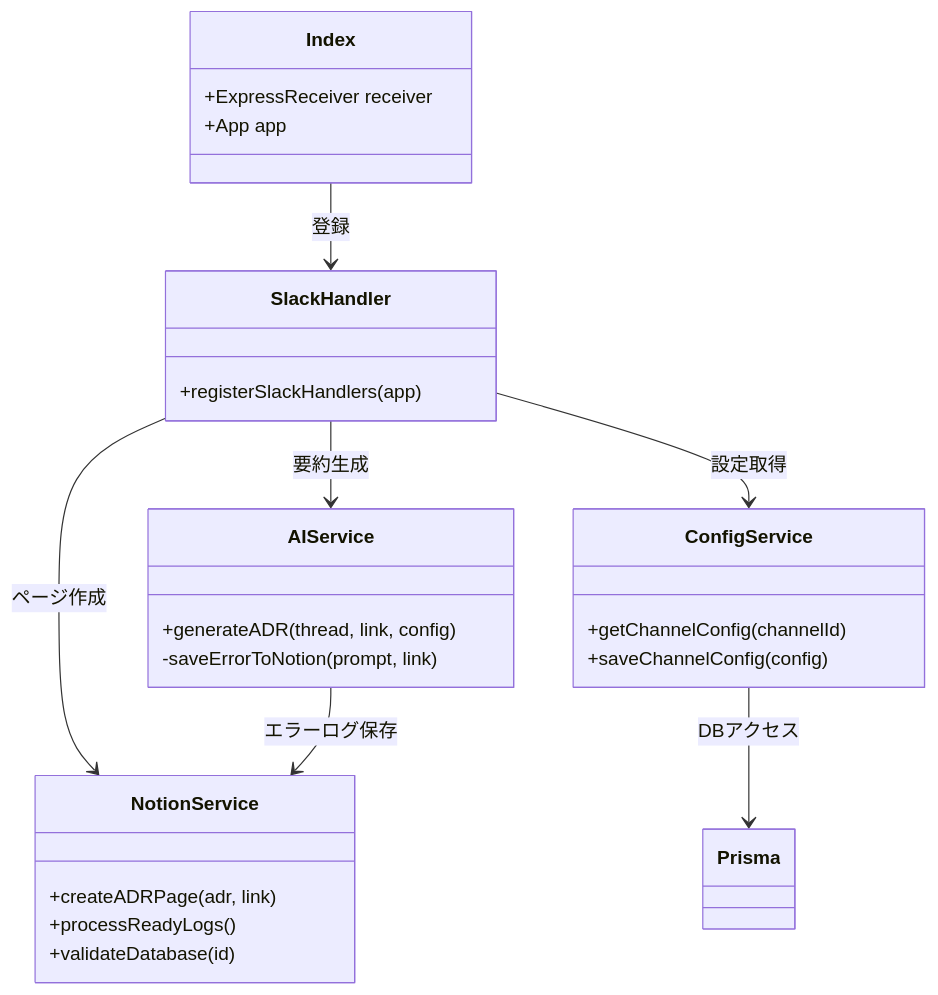
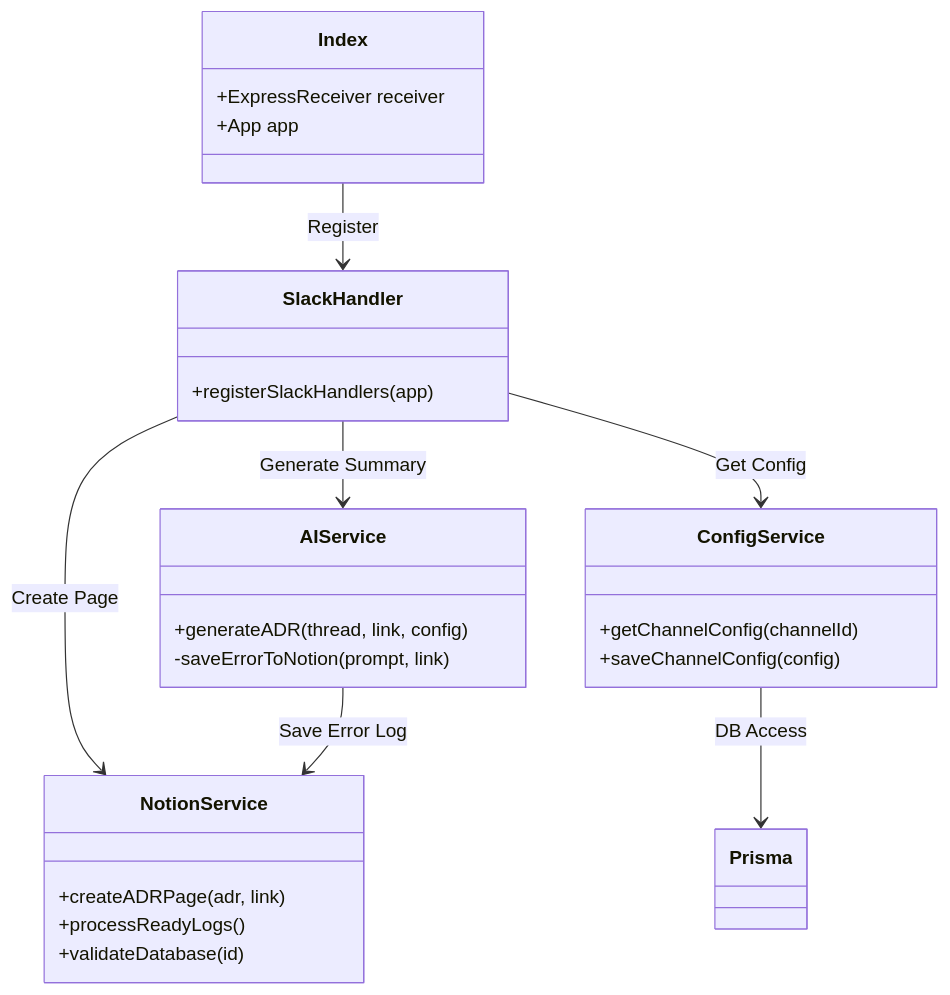
One commit to Syogo-Suganoya/slackADR changed the second of 4 diagrams in ARCHITECTURE.md. Above: the diagram before and after it, drawn with Mermaid. The commit also changed other lines of this file, not shown here.

````diff
--- a/ARCHITECTURE.md
+++ b/ARCHITECTURE.md
@@ -39,30 +39,30 @@
 ```mermaid
 classDiagram
     class Index {
         +ExpressReceiver receiver
         +App app
     }
     class SlackHandler {
         +registerSlackHandlers(app)
     }
     class AIService {
         +generateADR(thread, link, config)
         -saveErrorToNotion(prompt, link)
     }
     class NotionService {
         +createADRPage(adr, link)
         +processReadyLogs()
         +validateDatabase(id)
     }
     class ConfigService {
         +getChannelConfig(channelId)
         +saveChannelConfig(config)
     }
 
-    Index --> SlackHandler : 登録
-    SlackHandler --> AIService : 要約生成
-    SlackHandler --> NotionService : ページ作成
-    SlackHandler --> ConfigService : 設定取得
-    AIService --> NotionService : エラーログ保存
-    ConfigService --> Prisma : DBアクセス
+    Index --> SlackHandler : Register
+    SlackHandler --> AIService : Generate Summary
+    SlackHandler --> NotionService : Create Page
+    SlackHandler --> ConfigService : Get Config
+    AIService --> NotionService : Save Error Log
+    ConfigService --> Prisma : DB Access
 ```
````
